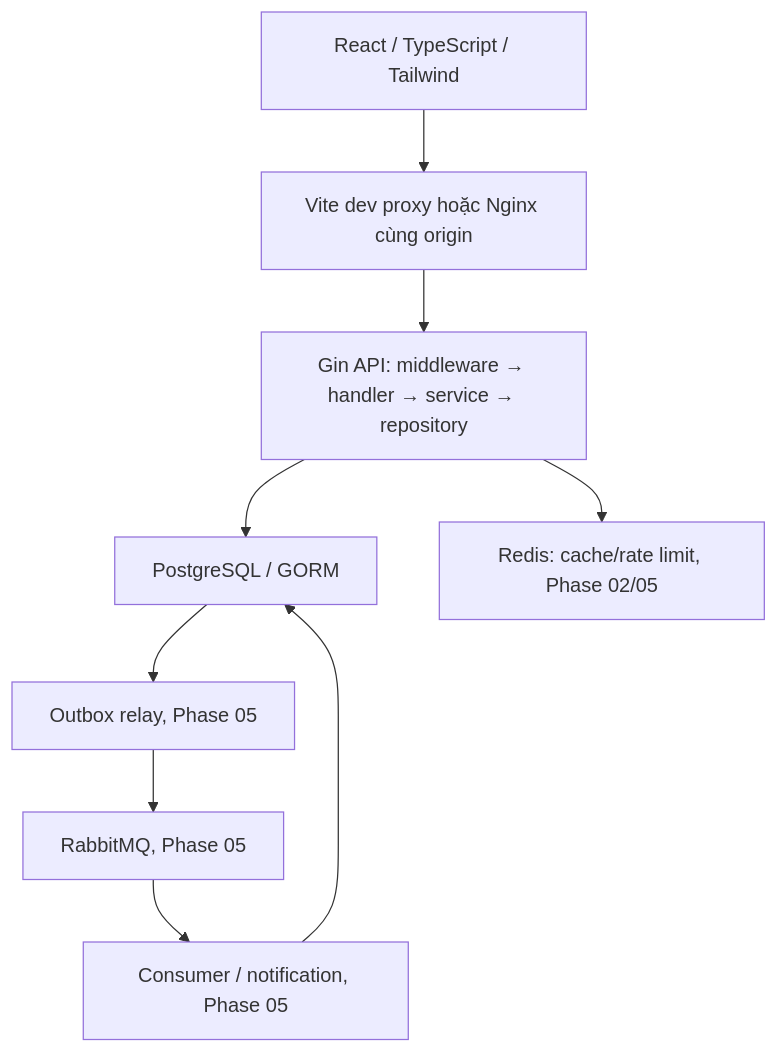
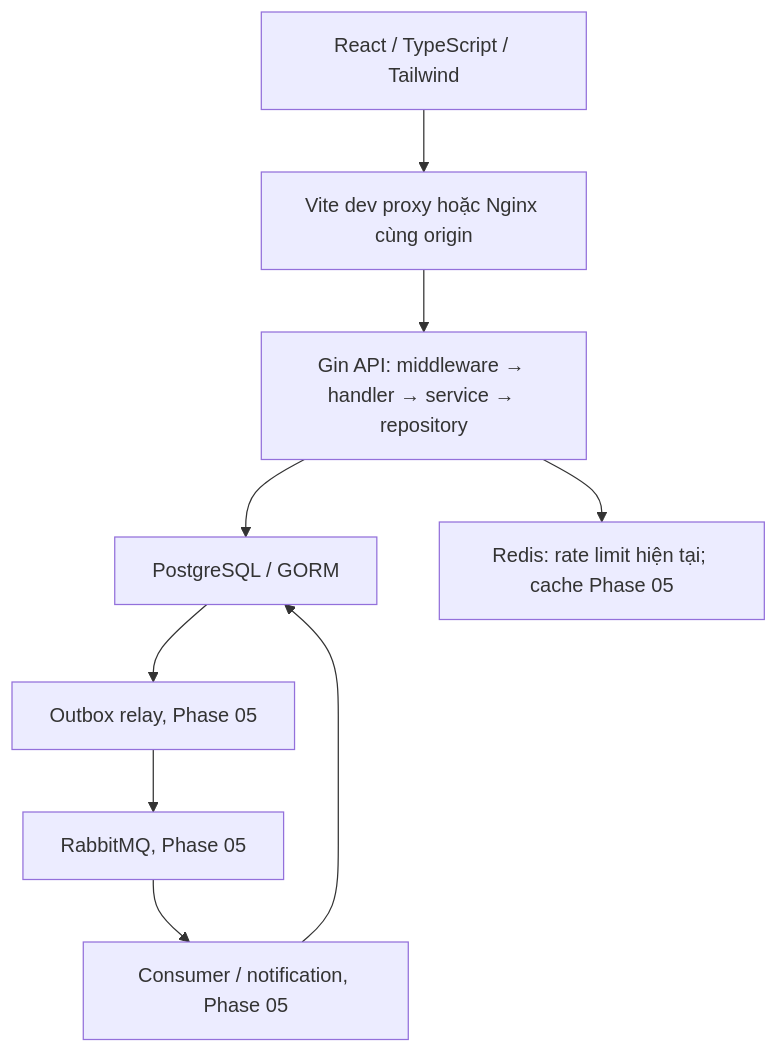
One commit to Kroniirys/E-com changed the diagram in docs/architecture.md. Above: the diagram before and after it, drawn with Mermaid. The commit also changed other lines of this file and 24 other files, not shown here.

````diff
--- a/docs/architecture.md
+++ b/docs/architecture.md
@@ -5,11 +5,11 @@
 ```mermaid
 flowchart TD
     UI["React / TypeScript / Tailwind"] --> Proxy["Vite dev proxy hoặc Nginx cùng origin"]
     Proxy --> API["Gin API: middleware → handler → service → repository"]
     API --> PG["PostgreSQL / GORM"]
-    API --> Redis["Redis: cache/rate limit, Phase 02/05"]
+    API --> Redis["Redis: rate limit hiện tại; cache Phase 05"]
     PG --> Outbox["Outbox relay, Phase 05"]
     Outbox --> MQ["RabbitMQ, Phase 05"]
     MQ --> Worker["Consumer / notification, Phase 05"]
     Worker --> PG
 ```
````
